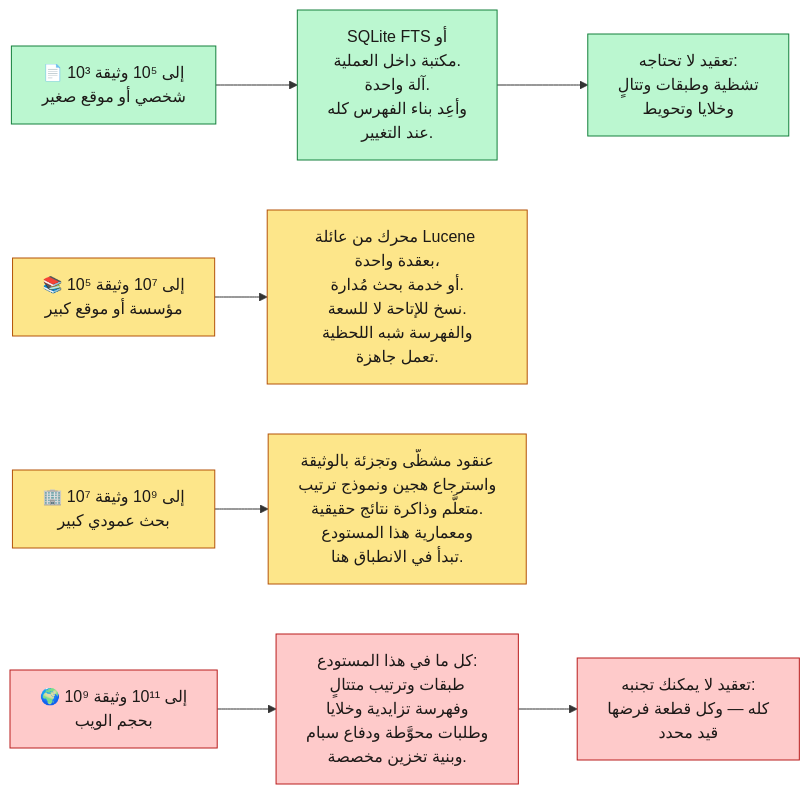
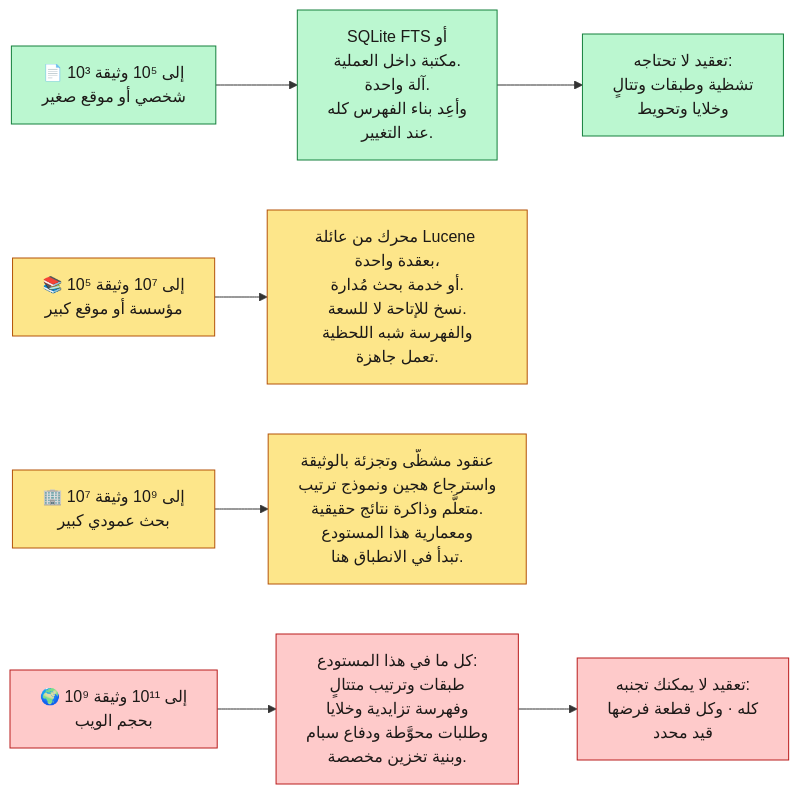
Before and after one commit to ahmedselimmansor-ctrl/google-search-system-design: the third of 3 diagrams in docs/ar/15-tradeoffs.md, drawn with Mermaid. The commit also changed other lines of this file and 89 other files, not shown here.

````diff
--- a/docs/ar/15-tradeoffs.md
+++ b/docs/ar/15-tradeoffs.md
@@ -159,24 +159,24 @@
 ```mermaid
 flowchart LR
     S1["📄 10³ إلى 10⁵ وثيقة<br/>شخصي أو موقع صغير"]
     S1 --> A1["SQLite FTS أو<br/>مكتبة داخل العملية.<br/>آلة واحدة.<br/>وأعِد بناء الفهرس كله<br/>عند التغيير."]
 
     S2["📚 10⁵ إلى 10⁷ وثيقة<br/>مؤسسة أو موقع كبير"]
     S2 --> A2["محرك من عائلة Lucene بعقدة واحدة،<br/>أو خدمة بحث مُدارة.<br/>نسخ للإتاحة لا للسعة.<br/>والفهرسة شبه اللحظية<br/>تعمل جاهزة."]
 
     S3["🏢 10⁷ إلى 10⁹ وثيقة<br/>بحث عمودي كبير"]
     S3 --> A3["عنقود مشظّى وتجزئة بالوثيقة<br/>واسترجاع هجين ونموذج ترتيب<br/>متعلَّم وذاكرة نتائج حقيقية.<br/>ومعمارية هذا المستودع<br/>تبدأ في الانطباق هنا."]
 
     S4["🌍 10⁹ إلى 10¹¹ وثيقة<br/>بحجم الويب"]
     S4 --> A4["كل ما في هذا المستودع:<br/>طبقات وترتيب متتالٍ<br/>وفهرسة تزايدية وخلايا<br/>وطلبات محوَّطة ودفاع سبام<br/>وبنية تخزين مخصصة."]
 
     A1 --> N1["تعقيد لا تحتاجه:<br/>تشظية وطبقات وتتالٍ<br/>وخلايا وتحويط"]
-    A4 --> N2["تعقيد لا يمكنك تجنبه:<br/>كله — وكل قطعة فرضها<br/>قيد محدد"]
+    A4 --> N2["تعقيد لا يمكنك تجنبه:<br/>كله · وكل قطعة فرضها<br/>قيد محدد"]
 
     classDef small fill:#bbf7d0,stroke:#15803d,color:#1c1917
     classDef mid fill:#fde68a,stroke:#b45309,color:#1c1917
     classDef large fill:#fecaca,stroke:#b91c1c,color:#1c1917
     class S1,A1,N1 small
     class S2,A2,S3,A3 mid
     class S4,A4,N2 large
 ```
````
